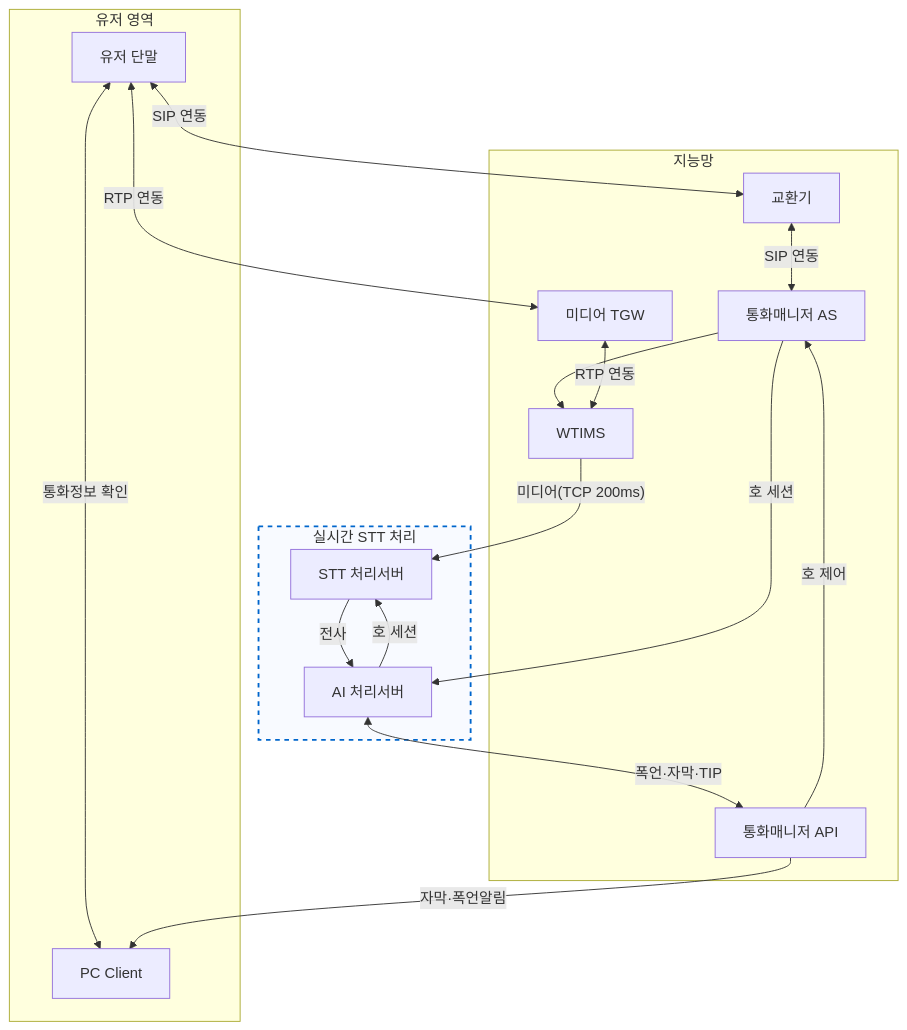
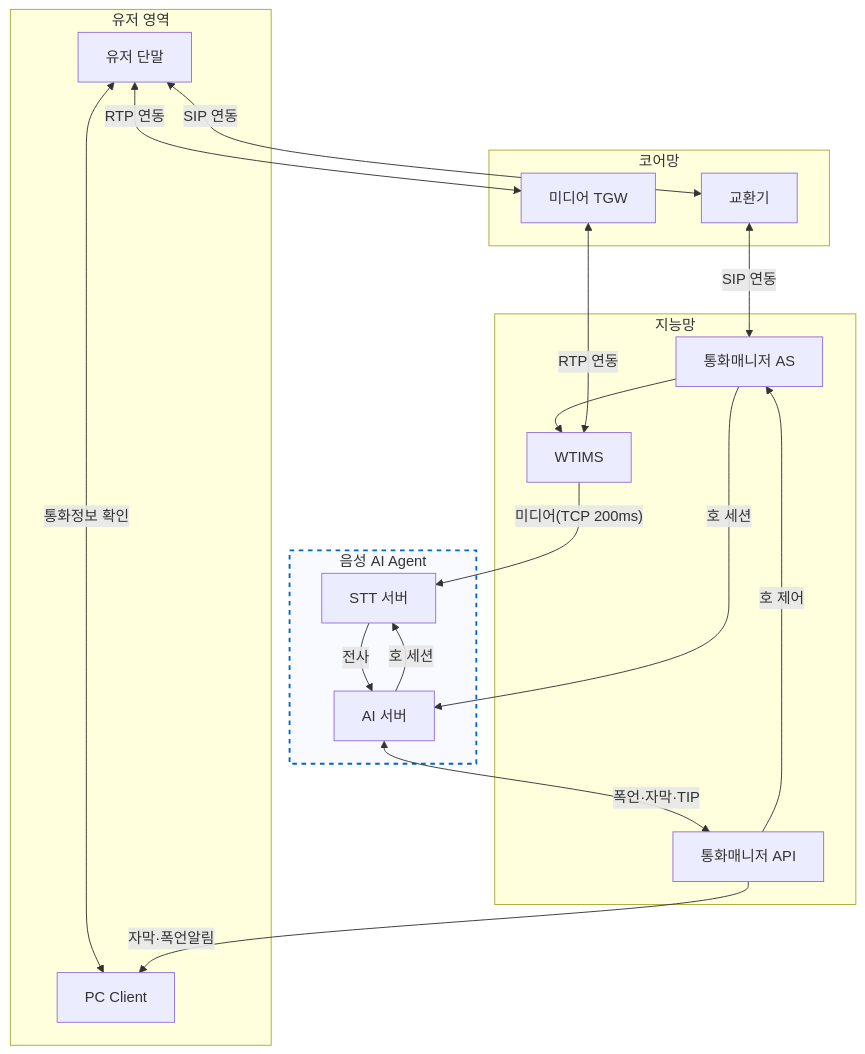
The diagram in docs/architecture/stt-agent-integration-options.md (hak023/sip_pbx), drawn with Mermaid before and after one commit.

Commit message:
docs: Extract Core Net from IN and rename AI Agent nodes

````diff
--- a/docs/architecture/stt-agent-integration-options.md
+++ b/docs/architecture/stt-agent-integration-options.md
@@ -4,34 +4,40 @@
 ```mermaid
 flowchart TB
     subgraph USER_AREA["유저 영역"]
         USER[유저 단말]
         PC[PC Client]
     end
 
+    subgraph CORE_NET["코어망"]
+        EX[교환기]
+        TGW[미디어 TGW]
+    end
+
     subgraph CORE["지능망"]
-        EX[교환기] <-->|SIP 연동| CM[통화매니저 AS]
-        CM --> WT[WTIMS]
-        TGW[미디어 TGW]
+        CM[통화매니저 AS]
+        WT[WTIMS]
         CM_API[통화매니저 API]
     end
 
-    subgraph NEW_STT["실시간 STT 처리"]
+    subgraph NEW_STT["음성 AI Agent"]
         style NEW_STT fill:#f8faff,stroke:#0066cc,stroke-width:2px,stroke-dasharray: 5 5
         
-        STT[STT 처리서버]
-        RT[AI 처리서버]
+        STT[STT 서버]
+        RT[AI 서버]
     end
 
+    EX <-->|SIP 연동| CM
+    CM --> WT
     USER <-->|SIP 연동| EX
     USER <-->|RTP 연동| TGW
     TGW <-->|RTP 연동| WT
     USER <-->|통화정보 확인| PC
 
     CM -->|호 세션| RT
     RT -->|호 세션| STT
     WT -->|"미디어(TCP 200ms)"| STT
     STT -->|전사| RT
     RT <-->|폭언·자막·TIP| CM_API
     CM_API -->|호 제어| CM
     CM_API -->|자막·폭언알림| PC
 ```
````
